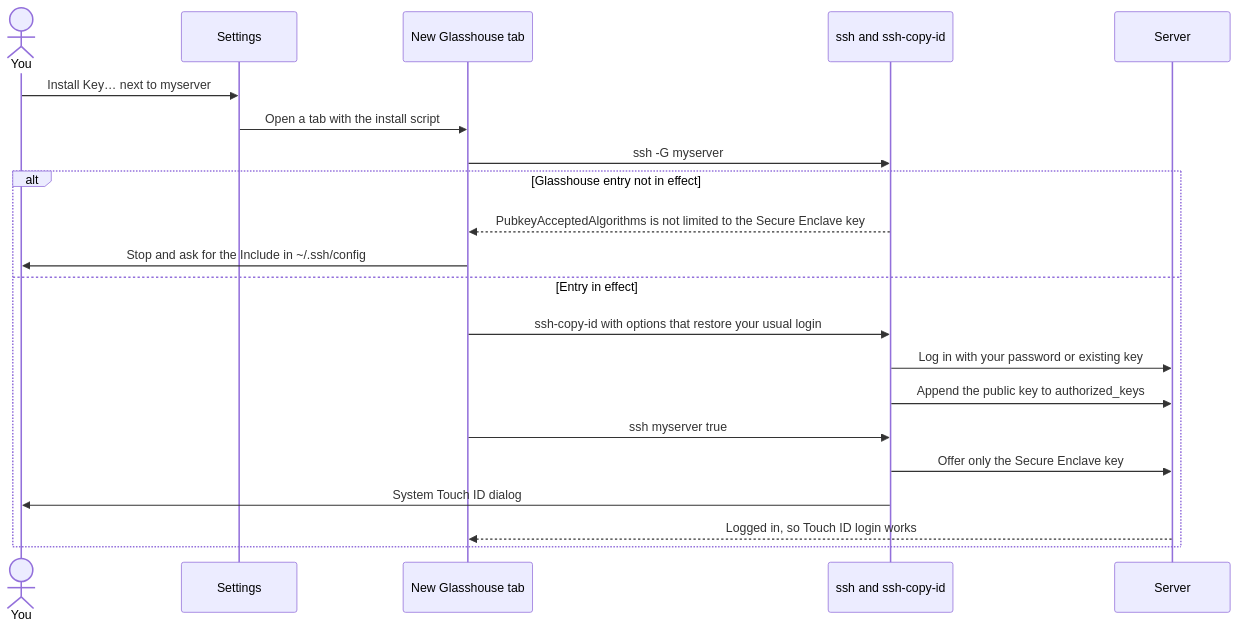
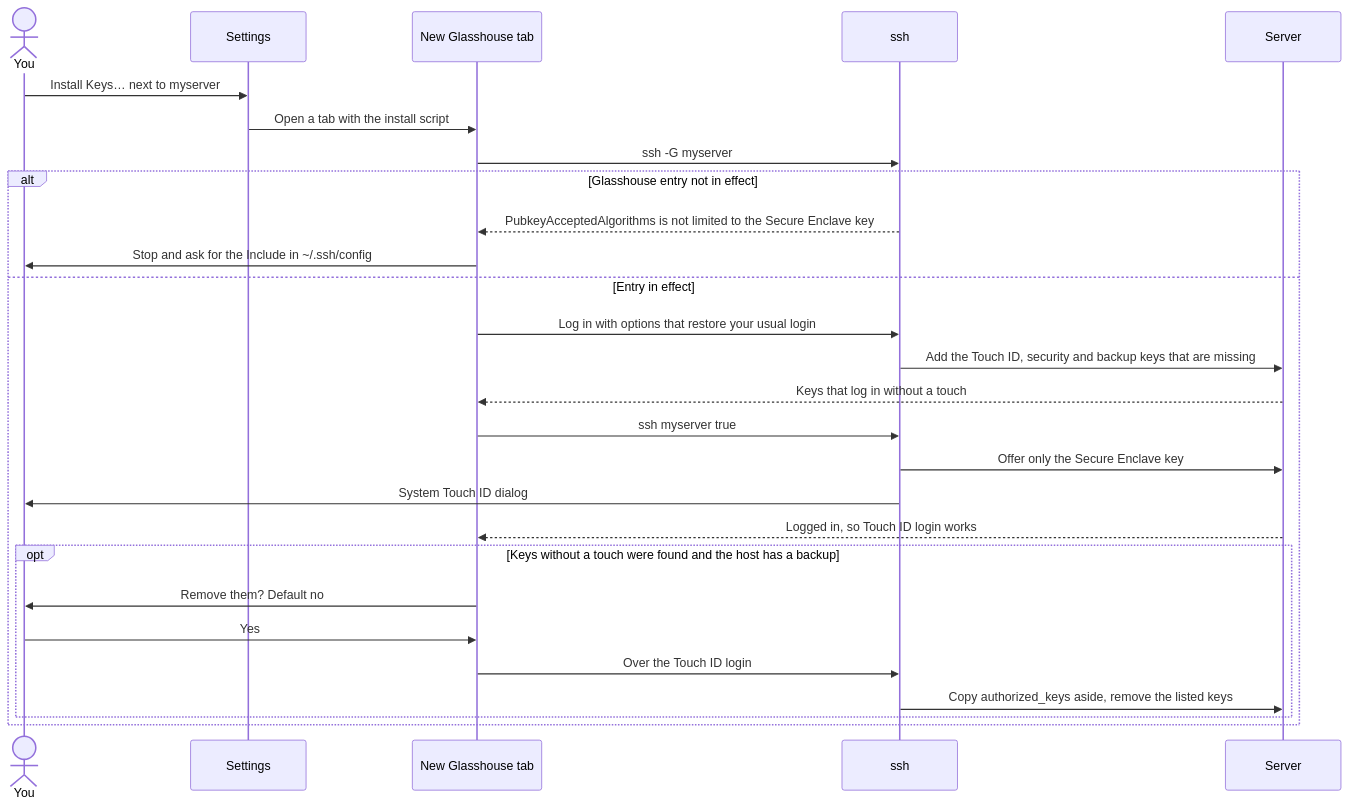
The third of 6 diagrams in Glasshouse/README.md (jasonkolodziej/glasshouse), drawn with Mermaid before and after one commit. The commit also changed other lines of this file and 9 other files, not shown here.

````diff
--- a/Glasshouse/README.md
+++ b/Glasshouse/README.md
@@ -303,23 +343,29 @@
 ```mermaid
 sequenceDiagram
     actor You
     participant S as Settings
     participant T as New Glasshouse tab
-    participant SSH as ssh and ssh-copy-id
+    participant SSH as ssh
     participant Srv as Server
-    You->>S: Install Key… next to myserver
+    You->>S: Install Keys… next to myserver
     S->>T: Open a tab with the install script
     T->>SSH: ssh -G myserver
     alt Glasshouse entry not in effect
         SSH-->>T: PubkeyAcceptedAlgorithms is not limited to the Secure Enclave key
         T->>You: Stop and ask for the Include in ~/.ssh/config
     else Entry in effect
-        T->>SSH: ssh-copy-id with options that restore your usual login
-        SSH->>Srv: Log in with your password or existing key
-        SSH->>Srv: Append the public key to authorized_keys
+        T->>SSH: Log in with options that restore your usual login
+        SSH->>Srv: Add the Touch ID, security and backup keys that are missing
+        Srv-->>T: Keys that log in without a touch
         T->>SSH: ssh myserver true
         SSH->>Srv: Offer only the Secure Enclave key
         SSH->>You: System Touch ID dialog
         Srv-->>T: Logged in, so Touch ID login works
+        opt Keys without a touch were found and the host has a backup
+            T->>You: Remove them? Default no
+            You->>T: Yes
+            T->>SSH: Over the Touch ID login
+            SSH->>Srv: Copy authorized_keys aside, remove the listed keys
+        end
     end
 ```
````
